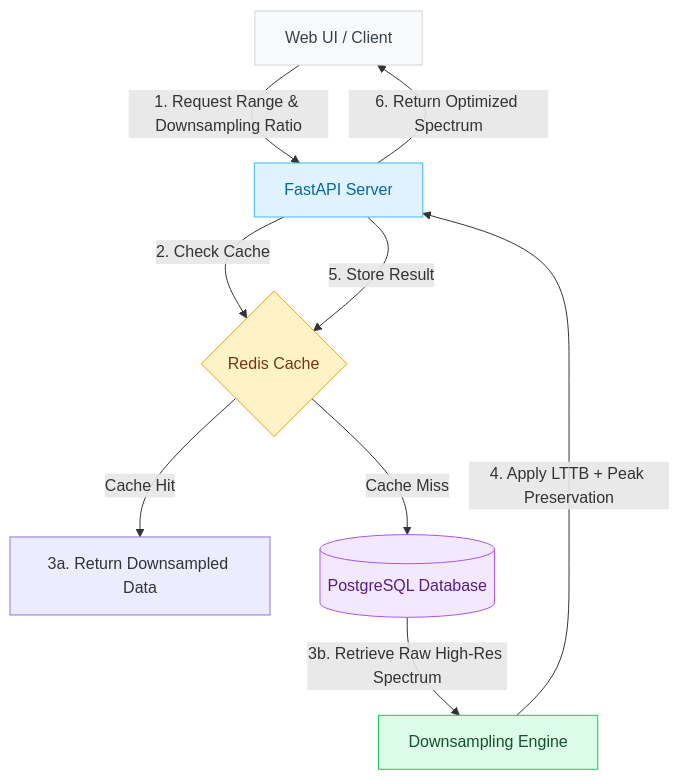
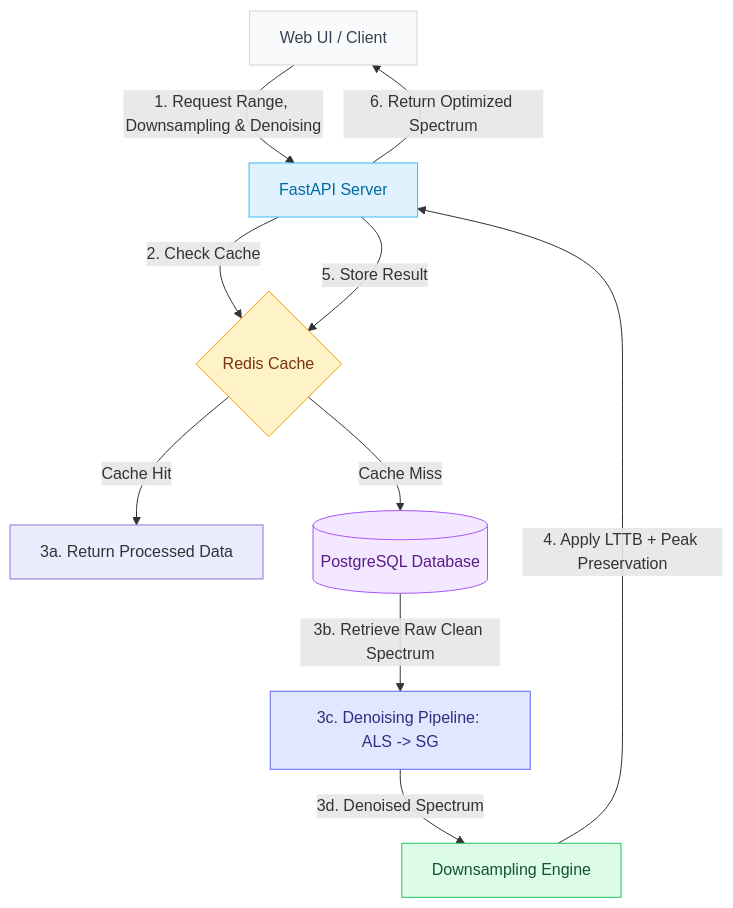
One commit to LovekeshAnand/LunarAtlas changed the second of 2 diagrams in README.md. Above: the diagram before and after it, drawn with Mermaid. The commit also changed other lines of this file and 49 other files, not shown here.

````diff
--- a/README.md
+++ b/README.md
@@ -157,19 +159,21 @@
 ```mermaid
 flowchart TD
-    Client[Web UI / Client] -->|1. Request Range & Downsampling Ratio| Server[FastAPI Server]
+    Client[Web UI / Client] -->|1. Request Range, Downsampling & Denoising| Server[FastAPI Server]
     Server -->|2. Check Cache| Cache{Redis Cache}
     
-    Cache -->|Cache Hit| Return[3a. Return Downsampled Data]
+    Cache -->|Cache Hit| Return[3a. Return Processed Data]
     Cache -->|Cache Miss| DB[(PostgreSQL Database)]
     
-    DB -->|3b. Retrieve Raw High-Res Spectrum| Engine[Downsampling Engine]
+    DB -->|3b. Retrieve Raw Clean Spectrum| Denoise[3c. Denoising Pipeline: ALS -> SG]
+    Denoise -->|3d. Denoised Spectrum| Engine[Downsampling Engine]
     Engine -->|4. Apply LTTB + Peak Preservation| Server
     Server -->|5. Store Result| Cache
     Server -->|6. Return Optimized Spectrum| Client
 
     style Client fill:#f9fafb,stroke:#d1d5db,stroke-width:1px,color:#374151
     style Server fill:#e0f2fe,stroke:#38bdf8,stroke-width:1px,color:#0369a1
     style Cache fill:#fef3c7,stroke:#f59e0b,stroke-width:1px,color:#78350f
     style DB fill:#f3e8ff,stroke:#a855f7,stroke-width:1px,color:#581c87
+    style Denoise fill:#e0e7ff,stroke:#6366f1,stroke-width:1px,color:#312e81
     style Engine fill:#dcfce7,stroke:#22c55e,stroke-width:1px,color:#14532d
 ```
````
